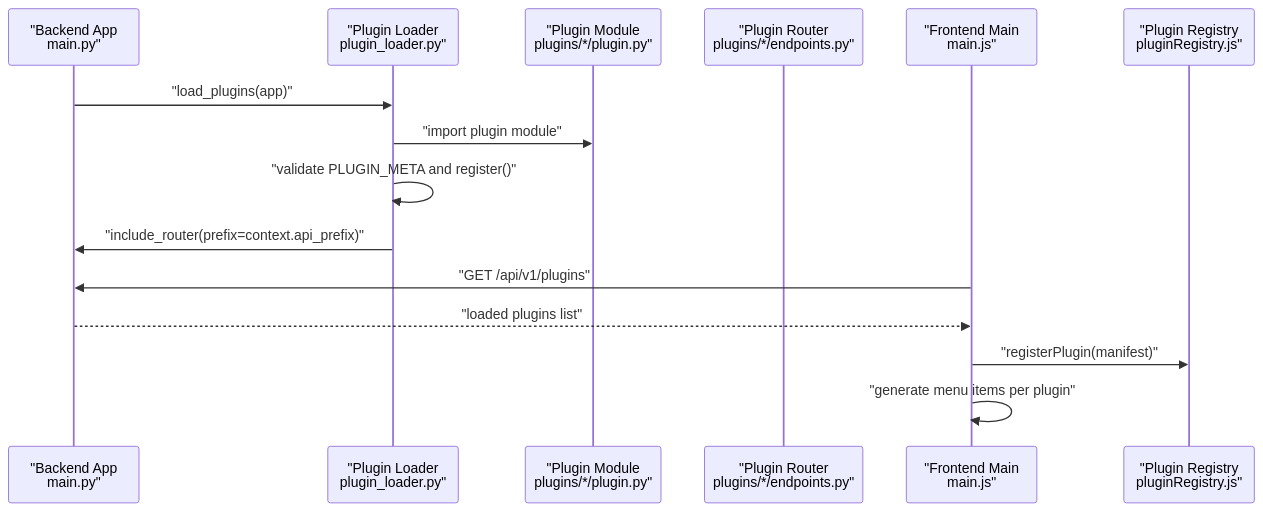
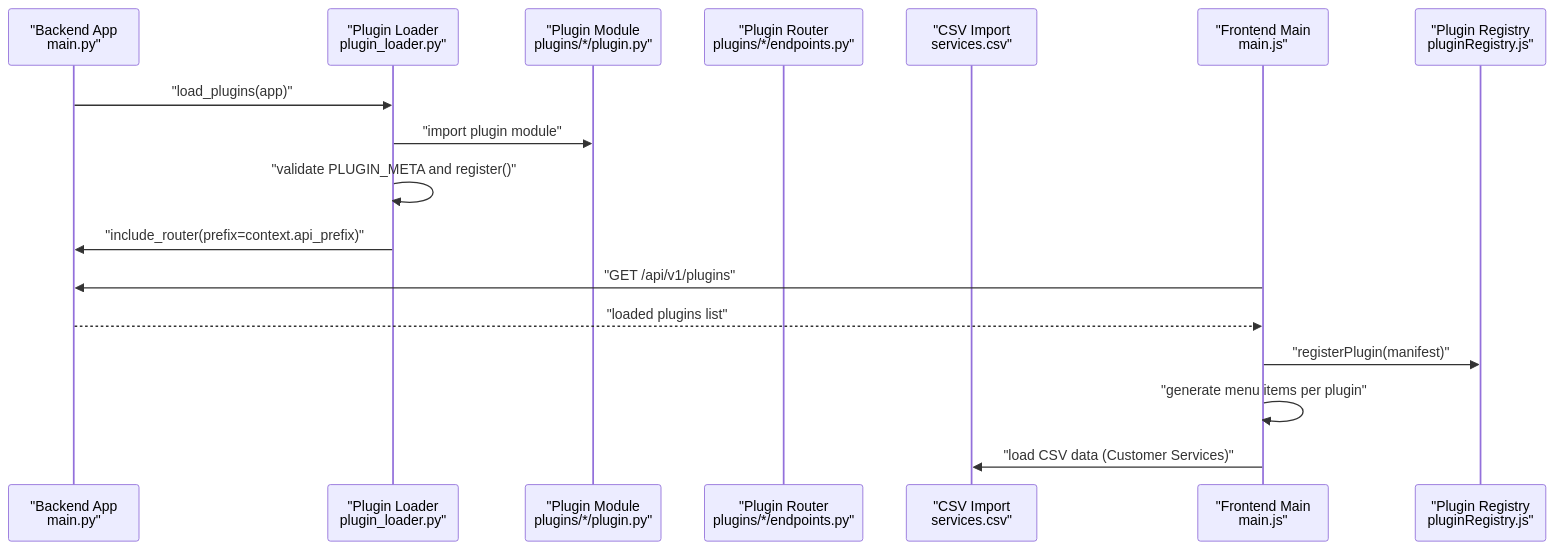
One commit to Nikita5543/New-SSO-02 changed the second of 15 diagrams in .qoder/repowiki/en/content/Plugin System Architecture/Plugin System Architecture.md. Above: the diagram before and after it, drawn with Mermaid. The commit also changed other lines of this file and 2 other files, not shown here.

````diff
--- a/.qoder/repowiki/en/content/Plugin System Architecture/Plugin System Architecture.md
+++ b/.qoder/repowiki/en/content/Plugin System Architecture/Plugin System Architecture.md
@@ -105,17 +130,19 @@
 ```mermaid
 sequenceDiagram
 participant BE as "Backend App<br/>main.py"
 participant Loader as "Plugin Loader<br/>plugin_loader.py"
 participant Mod as "Plugin Module<br/>plugins/*/plugin.py"
 participant Router as "Plugin Router<br/>plugins/*/endpoints.py"
+participant CSV as "CSV Import<br/>services.csv"
 participant FE as "Frontend Main<br/>main.js"
 participant Reg as "Plugin Registry<br/>pluginRegistry.js"
 BE->>Loader : "load_plugins(app)"
 Loader->>Mod : "import plugin module"
 Loader->>Loader : "validate PLUGIN_META and register()"
 Loader->>BE : "include_router(prefix=context.api_prefix)"
 FE->>BE : "GET /api/v1/plugins"
 BE-->>FE : "loaded plugins list"
 FE->>Reg : "registerPlugin(manifest)"
 FE->>FE : "generate menu items per plugin"
+FE->>CSV : "load CSV data (Customer Services)"
 ```
````
